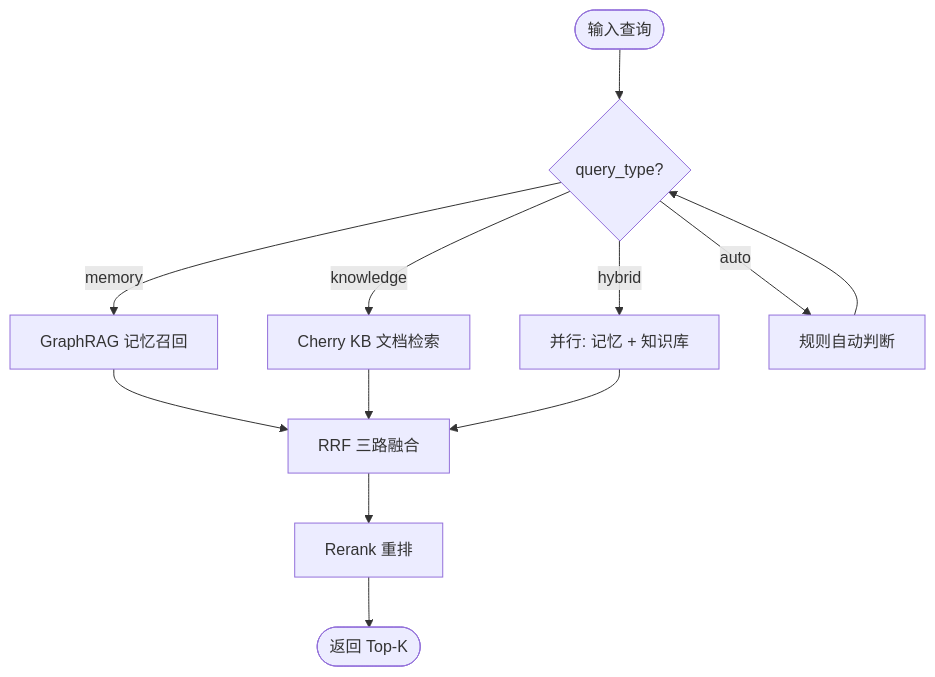
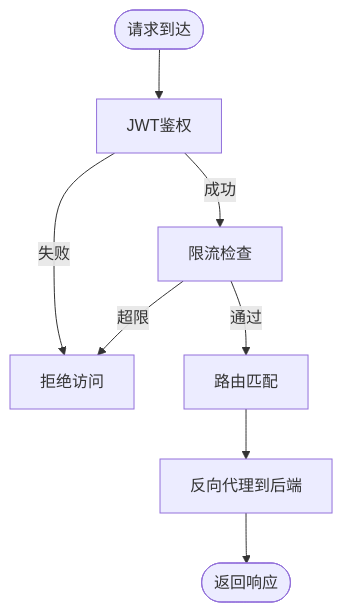
The third of 7 diagrams in .qoder/repowiki/zh/content/架构设计/架构设计.md (zmdhdu/NexusCockpit), drawn with Mermaid before and after one commit. The commit also changed other lines of this file and 535 other files, not shown here.

````diff
--- a/.qoder/repowiki/zh/content/架构设计/架构设计.md
+++ b/.qoder/repowiki/zh/content/架构设计/架构设计.md
@@ -207,14 +159,10 @@
 ```mermaid
 flowchart TD
-Start(["输入查询"]) --> Type{"query_type?"}
-Type --> |memory| Mem["GraphRAG 记忆召回"]
-Type --> |knowledge| KB["Cherry KB 文档检索"]
-Type --> |hybrid| Hybrid["并行: 记忆 + 知识库"]
-Type --> |auto| Auto["规则自动判断"]
-Auto --> Type
-Mem --> Fuse["RRF 三路融合"]
-KB --> Fuse
-Hybrid --> Fuse
-Fuse --> Rerank["Rerank 重排"]
-Rerank --> End(["返回 Top-K"])
+Start(["请求到达"]) --> Auth["JWT鉴权"]
+Auth --> |失败| Deny["拒绝访问"]
+Auth --> |成功| RL["限流检查"]
+RL --> |超限| Deny
+RL --> |通过| Route["路由匹配"]
+Route --> Proxy["反向代理到后端"]
+Proxy --> End(["返回响应"])
 ```
````
